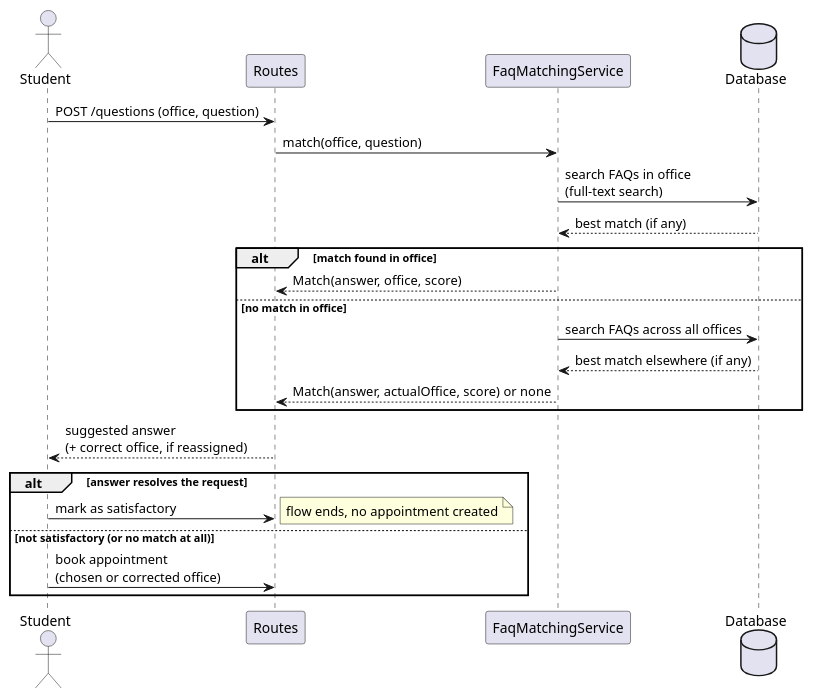
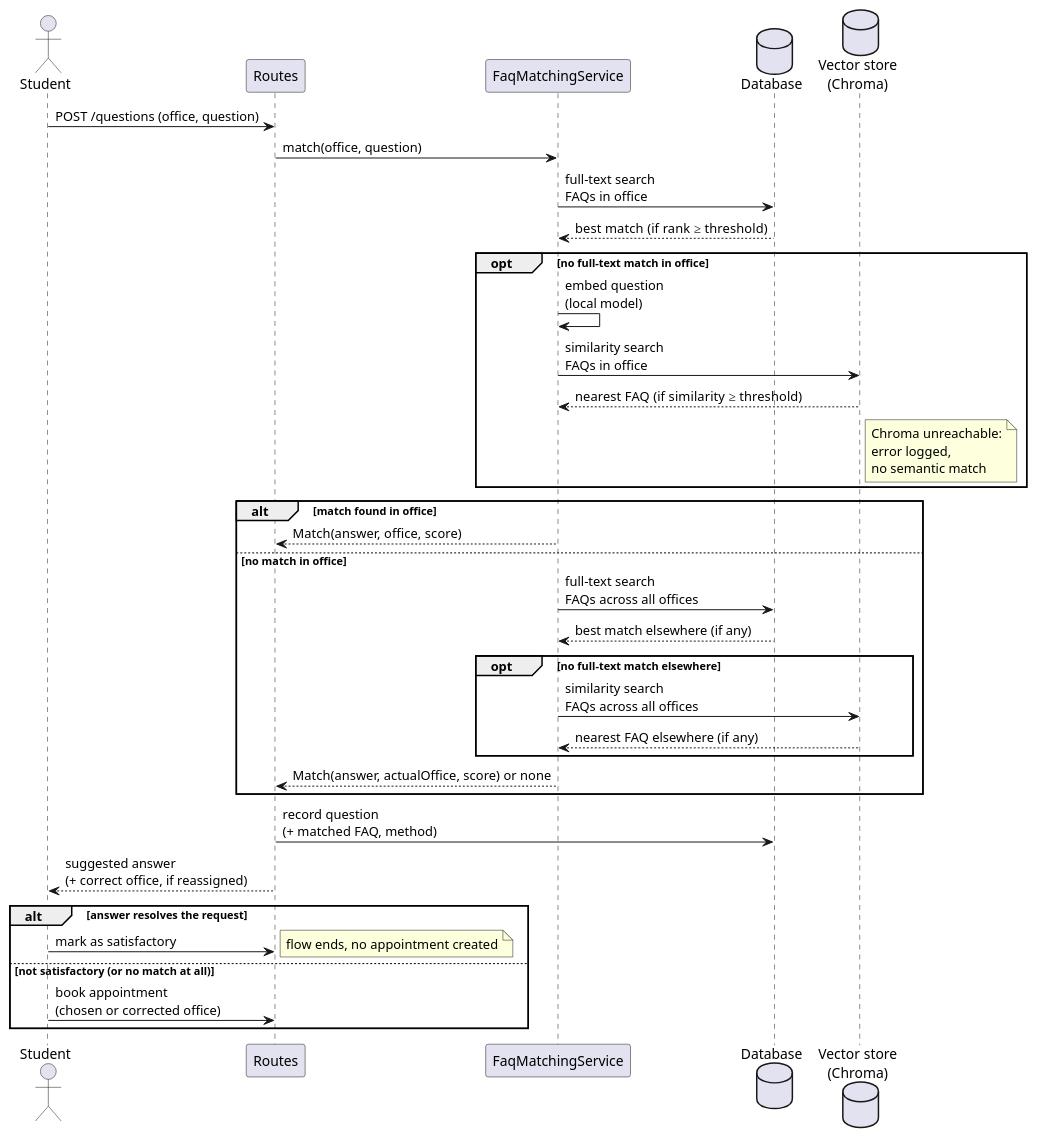
The diagram in sections/03-design/assets/seq1.puml (unibo-dtm-se-2526-PRONTO/report), drawn with PlantUML before and after one commit. The commit also changed 6 other files, not shown here.

Commit message:
update seq1 diagram

```diff
--- a/sections/03-design/assets/seq1.puml
+++ b/sections/03-design/assets/seq1.puml
@@ -1,28 +1,41 @@
 @startuml seq1
 actor Student as student
 participant "Routes" as routes
 participant "FaqMatchingService" as faqsvc
 database "Database" as db
+database "Vector store\n(Chroma)" as vs
 
 student -> routes : POST /questions (office, question)
 routes -> faqsvc : match(office, question)
-faqsvc -> db : search FAQs in office\n(full-text search)
-db --> faqsvc : best match (if any)
+
+faqsvc -> db : full-text search\nFAQs in office
+db --> faqsvc : best match (if rank ≥ threshold)
+opt no full-text match in office
+  faqsvc -> faqsvc : embed question\n(local model)
+  faqsvc -> vs : similarity search\nFAQs in office
+  vs --> faqsvc : nearest FAQ (if similarity ≥ threshold)
+  note right of vs : Chroma unreachable:\nerror logged,\nno semantic match
+end
 
 alt match found in office
   faqsvc --> routes : Match(answer, office, score)
 else no match in office
-  faqsvc -> db : search FAQs across all offices
+  faqsvc -> db : full-text search\nFAQs across all offices
   db --> faqsvc : best match elsewhere (if any)
+  opt no full-text match elsewhere
+    faqsvc -> vs : similarity search\nFAQs across all offices
+    vs --> faqsvc : nearest FAQ elsewhere (if any)
+  end
   faqsvc --> routes : Match(answer, actualOffice, score) or none
 end
 
+routes -> db : record question\n(+ matched FAQ, method)
 routes --> student : suggested answer\n(+ correct office, if reassigned)
 
 alt answer resolves the request
   student -> routes : mark as satisfactory
   note right : flow ends, no appointment created
 else not satisfactory (or no match at all)
   student -> routes : book appointment\n(chosen or corrected office)
 end
 @enduml
```
